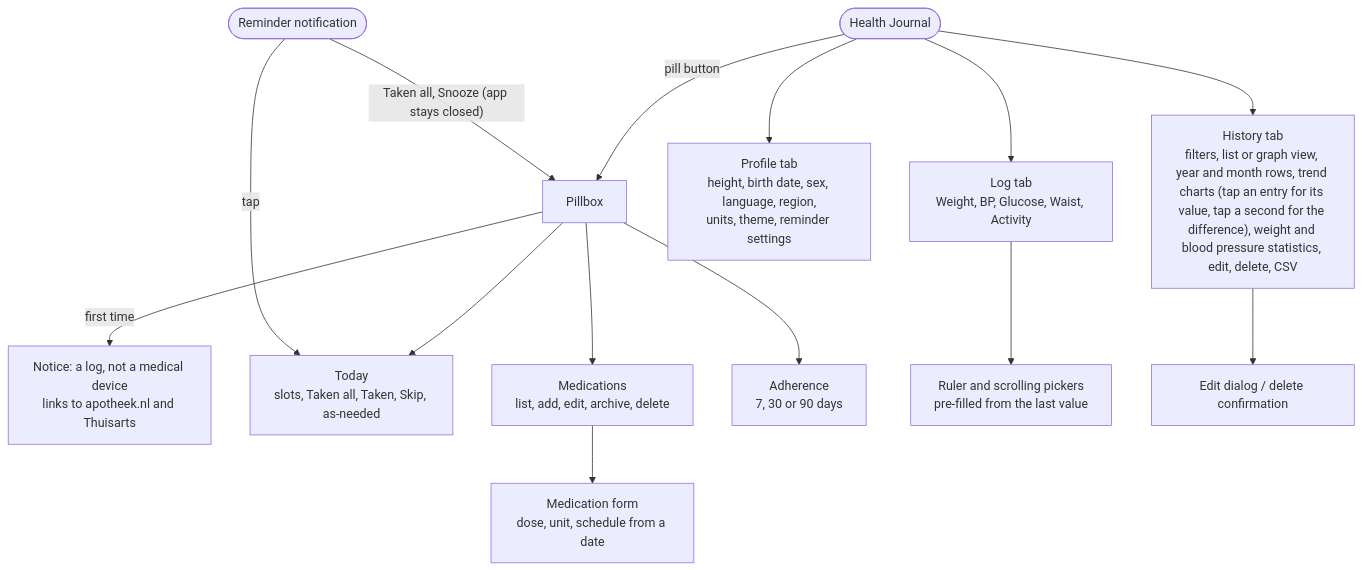
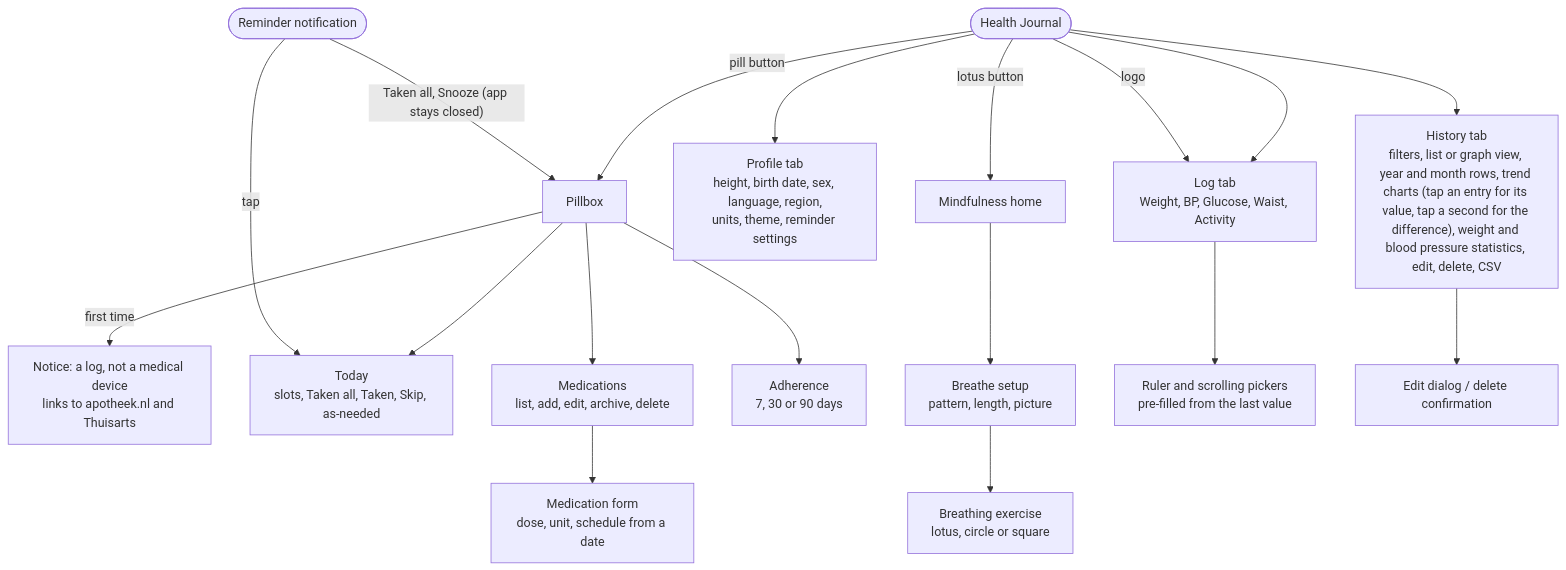
One commit to mannetje/health_journal changed the first of 3 diagrams in docs/dev/design.md. Above: the diagram before and after it, drawn with Mermaid. The commit also changed other lines of this file and 17 other files, not shown here.

Commit message:
feat: softer lotus, circle and square pictures; logo tap goes to Log; mindfulness screenshots and docs

````diff
--- a/docs/dev/design.md
+++ b/docs/dev/design.md
@@ -32,16 +32,20 @@
 ```mermaid
 flowchart TD
     APP(["Health Journal"]) --> LOG["Log tab<br/>Weight, BP, Glucose, Waist, Activity"]
     APP --> HIST["History tab<br/>filters, list or graph view, year and month rows, trend charts (tap an entry for its value, tap a second for the difference), weight and blood pressure statistics, edit, delete, CSV"]
     APP --> PROF["Profile tab<br/>height, birth date, sex, language, region,<br/>units, theme, reminder settings"]
     APP -->|"pill button"| PILL["Pillbox"]
     PILL -->|"first time"| NOTICE["Notice: a log, not a medical device<br/>links to apotheek.nl and Thuisarts"]
     PILL --> TODAY["Today<br/>slots, Taken all, Taken, Skip, as-needed"]
     PILL --> MEDS["Medications<br/>list, add, edit, archive, delete"]
     PILL --> ADH["Adherence<br/>7, 30 or 90 days"]
+    APP -->|"lotus button"| MIND["Mindfulness home"]
+    MIND --> BSET["Breathe setup<br/>pattern, length, picture"]
+    BSET --> BRUN["Breathing exercise<br/>lotus, circle or square"]
+    APP -->|"logo"| LOG
     MEDS --> EDIT["Medication form<br/>dose, unit, schedule from a date"]
     LOG --> PICK["Ruler and scrolling pickers<br/>pre-filled from the last value"]
     HIST --> DLG["Edit dialog / delete confirmation"]
     NOTIF(["Reminder notification"]) -->|"tap"| TODAY
     NOTIF -->|"Taken all, Snooze (app stays closed)"| PILL
 ```
````
